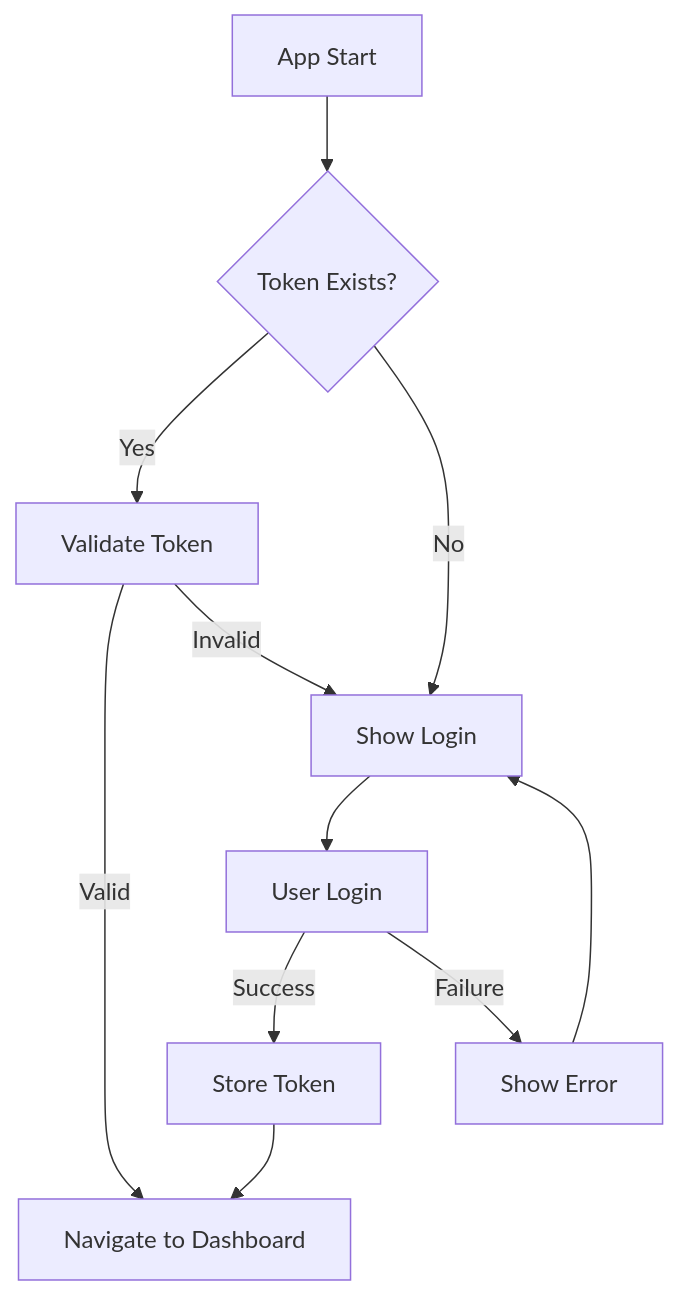
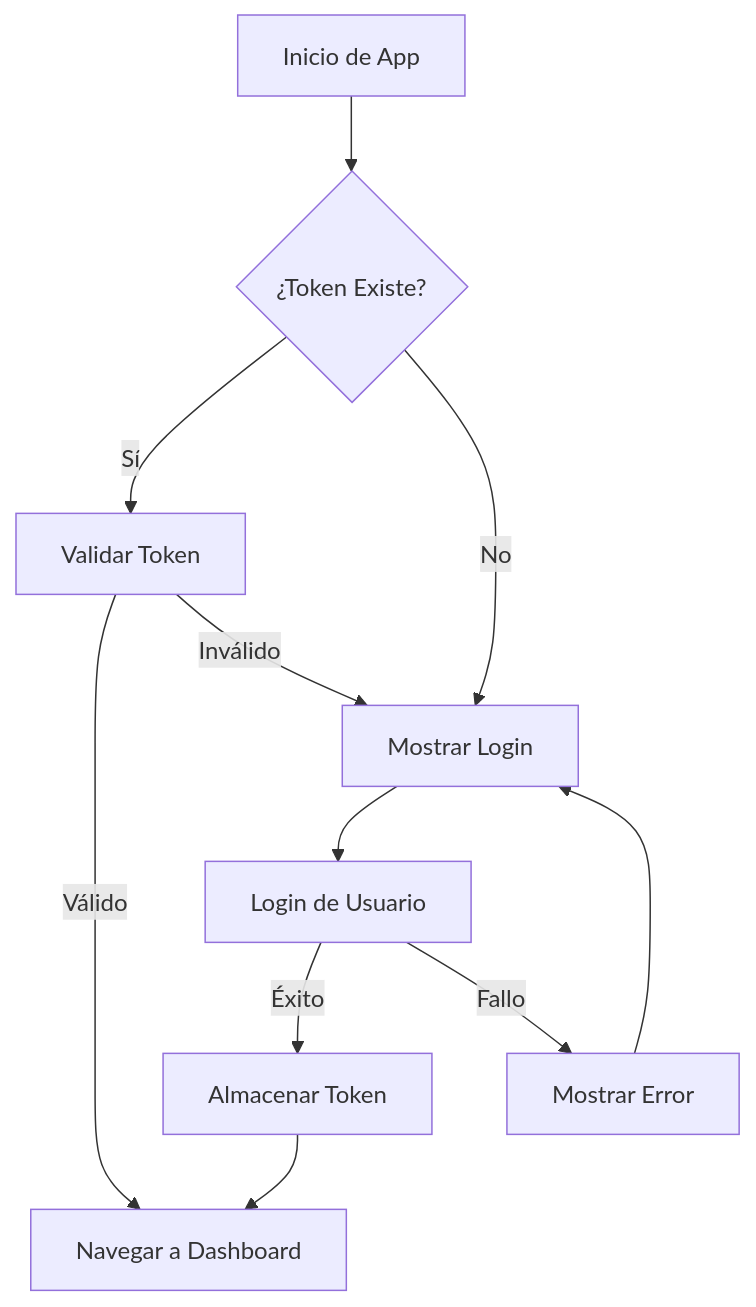
Before and after one commit to Erick-arch-bit/AquaScan: the first of 2 diagrams in Docs/ARCHITECTURE.md, drawn with Mermaid. The commit also changed other lines of this file and 4 other files, not shown here.

````diff
--- a/Docs/ARCHITECTURE.md
+++ b/Docs/ARCHITECTURE.md
@@ -67,13 +67,13 @@
 ```mermaid
 graph TD
-    A[App Start] --> B{Token Exists?}
-    B -->|Yes| C[Validate Token]
-    B -->|No| D[Show Login]
-    C -->|Valid| E[Navigate to Dashboard]
-    C -->|Invalid| D
-    D --> F[User Login]
-    F -->|Success| G[Store Token]
-    F -->|Failure| H[Show Error]
+    A[Inicio de App] --> B{¿Token Existe?}
+    B -->|Sí| C[Validar Token]
+    B -->|No| D[Mostrar Login]
+    C -->|Válido| E[Navegar a Dashboard]
+    C -->|Inválido| D
+    D --> F[Login de Usuario]
+    F -->|Éxito| G[Almacenar Token]
+    F -->|Fallo| H[Mostrar Error]
     G --> E
     H --> D
 ```
````
